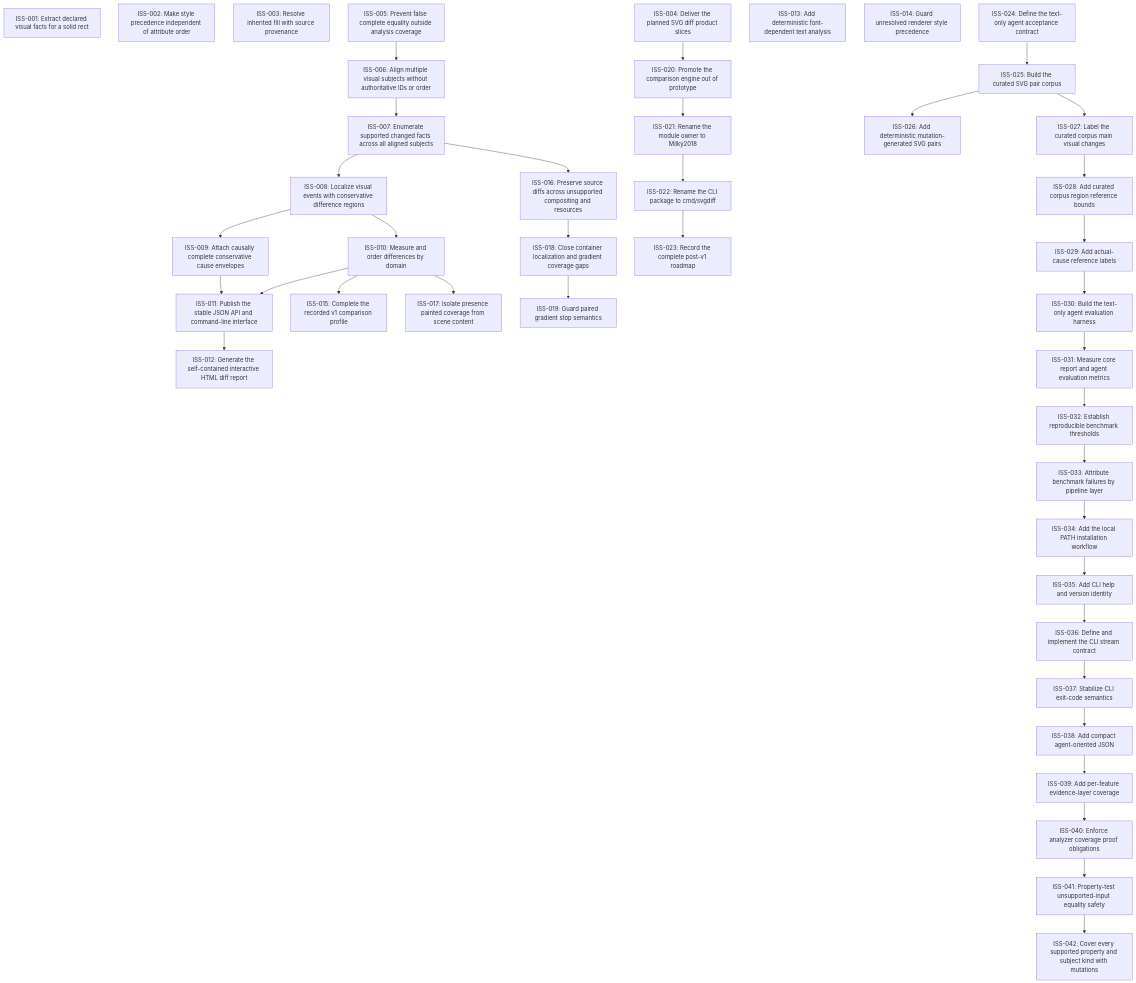
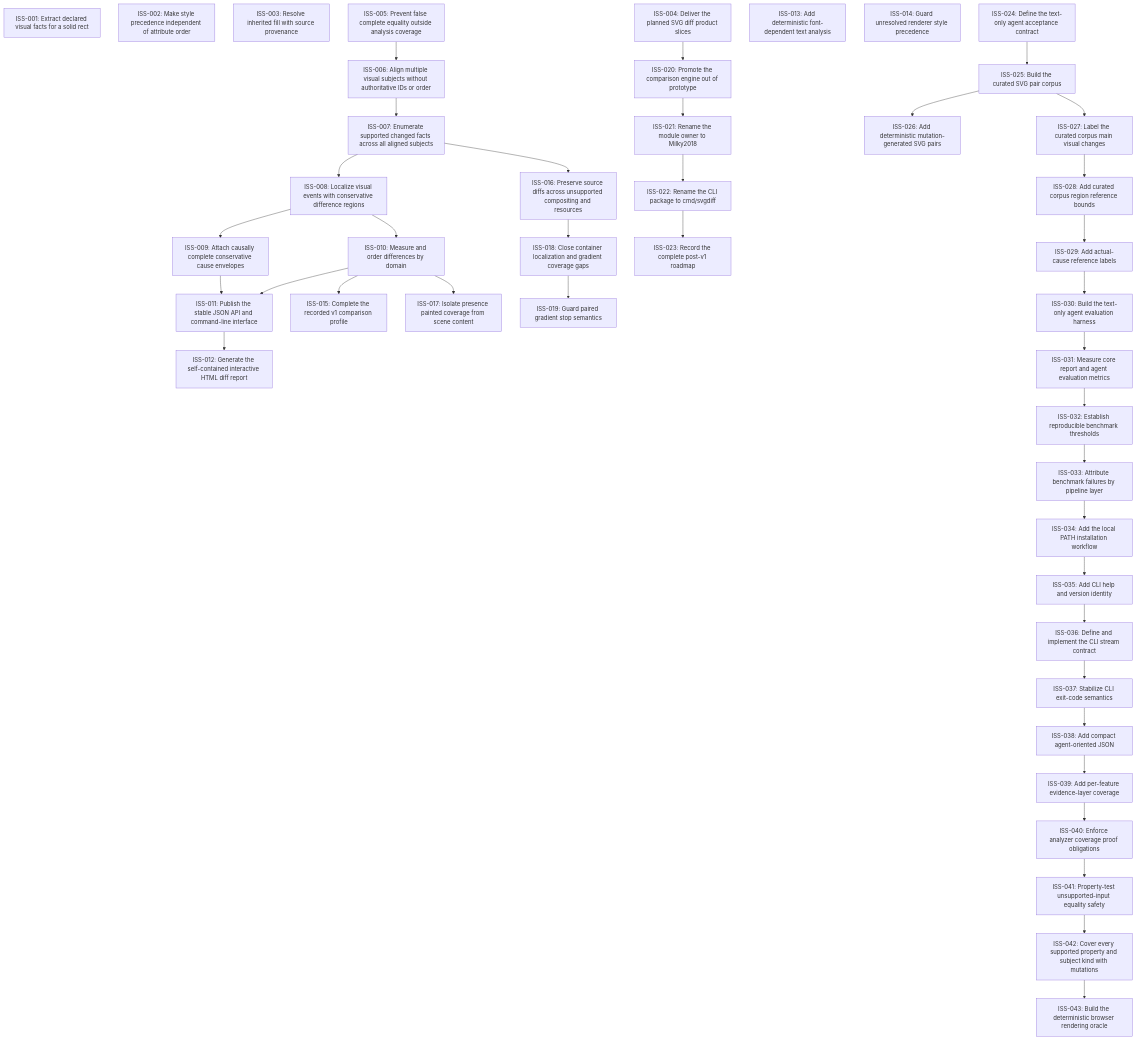
One commit to moonbit-community/svgdiff changed the diagram in issues/README.md. Above: the diagram before and after it, drawn with Mermaid. The commit also changed 13 other files, not shown here.

Commit message:
Add deterministic browser oracle

````diff
--- a/issues/README.md
+++ b/issues/README.md
@@ -18,80 +18,82 @@
 ```mermaid
 graph TD
   ISS_001["ISS-001: Extract declared visual facts for a solid rect"]
   ISS_002["ISS-002: Make style precedence independent of attribute order"]
   ISS_003["ISS-003: Resolve inherited fill with source provenance"]
   ISS_004["ISS-004: Deliver the planned SVG diff product slices"]
   ISS_005["ISS-005: Prevent false complete equality outside analysis coverage"]
   ISS_006["ISS-006: Align multiple visual subjects without authoritative IDs or order"]
   ISS_007["ISS-007: Enumerate supported changed facts across all aligned subjects"]
   ISS_008["ISS-008: Localize visual events with conservative difference regions"]
   ISS_009["ISS-009: Attach causally complete conservative cause envelopes"]
   ISS_010["ISS-010: Measure and order differences by domain"]
   ISS_011["ISS-011: Publish the stable JSON API and command-line interface"]
   ISS_012["ISS-012: Generate the self-contained interactive HTML diff report"]
   ISS_013["ISS-013: Add deterministic font-dependent text analysis"]
   ISS_014["ISS-014: Guard unresolved renderer style precedence"]
   ISS_015["ISS-015: Complete the recorded v1 comparison profile"]
   ISS_016["ISS-016: Preserve source diffs across unsupported compositing and resources"]
   ISS_017["ISS-017: Isolate presence painted coverage from scene content"]
   ISS_018["ISS-018: Close container localization and gradient coverage gaps"]
   ISS_019["ISS-019: Guard paired gradient stop semantics"]
   ISS_020["ISS-020: Promote the comparison engine out of prototype"]
   ISS_021["ISS-021: Rename the module owner to Milky2018"]
   ISS_022["ISS-022: Rename the CLI package to cmd/svgdiff"]
   ISS_023["ISS-023: Record the complete post-v1 roadmap"]
   ISS_024["ISS-024: Define the text-only agent acceptance contract"]
   ISS_025["ISS-025: Build the curated SVG pair corpus"]
   ISS_026["ISS-026: Add deterministic mutation-generated SVG pairs"]
   ISS_027["ISS-027: Label the curated corpus main visual changes"]
   ISS_028["ISS-028: Add curated corpus region reference bounds"]
   ISS_029["ISS-029: Add actual-cause reference labels"]
   ISS_030["ISS-030: Build the text-only agent evaluation harness"]
   ISS_031["ISS-031: Measure core report and agent evaluation metrics"]
   ISS_032["ISS-032: Establish reproducible benchmark thresholds"]
   ISS_033["ISS-033: Attribute benchmark failures by pipeline layer"]
   ISS_034["ISS-034: Add the local PATH installation workflow"]
   ISS_035["ISS-035: Add CLI help and version identity"]
   ISS_036["ISS-036: Define and implement the CLI stream contract"]
   ISS_037["ISS-037: Stabilize CLI exit-code semantics"]
   ISS_038["ISS-038: Add compact agent-oriented JSON"]
   ISS_039["ISS-039: Add per-feature evidence-layer coverage"]
   ISS_040["ISS-040: Enforce analyzer coverage proof obligations"]
   ISS_041["ISS-041: Property-test unsupported-input equality safety"]
   ISS_042["ISS-042: Cover every supported property and subject kind with mutations"]
+  ISS_043["ISS-043: Build the deterministic browser rendering oracle"]
   ISS_005 --> ISS_006
   ISS_006 --> ISS_007
   ISS_007 --> ISS_008
   ISS_008 --> ISS_009
   ISS_008 --> ISS_010
   ISS_009 --> ISS_011
   ISS_010 --> ISS_011
   ISS_011 --> ISS_012
   ISS_010 --> ISS_015
   ISS_007 --> ISS_016
   ISS_010 --> ISS_017
   ISS_016 --> ISS_018
   ISS_018 --> ISS_019
   ISS_004 --> ISS_020
   ISS_020 --> ISS_021
   ISS_021 --> ISS_022
   ISS_022 --> ISS_023
   ISS_024 --> ISS_025
   ISS_025 --> ISS_026
   ISS_025 --> ISS_027
   ISS_027 --> ISS_028
   ISS_028 --> ISS_029
   ISS_029 --> ISS_030
   ISS_030 --> ISS_031
   ISS_031 --> ISS_032
   ISS_032 --> ISS_033
   ISS_033 --> ISS_034
   ISS_034 --> ISS_035
   ISS_035 --> ISS_036
   ISS_036 --> ISS_037
   ISS_037 --> ISS_038
   ISS_038 --> ISS_039
   ISS_039 --> ISS_040
   ISS_040 --> ISS_041
   ISS_041 --> ISS_042
+  ISS_042 --> ISS_043
 ```
````
